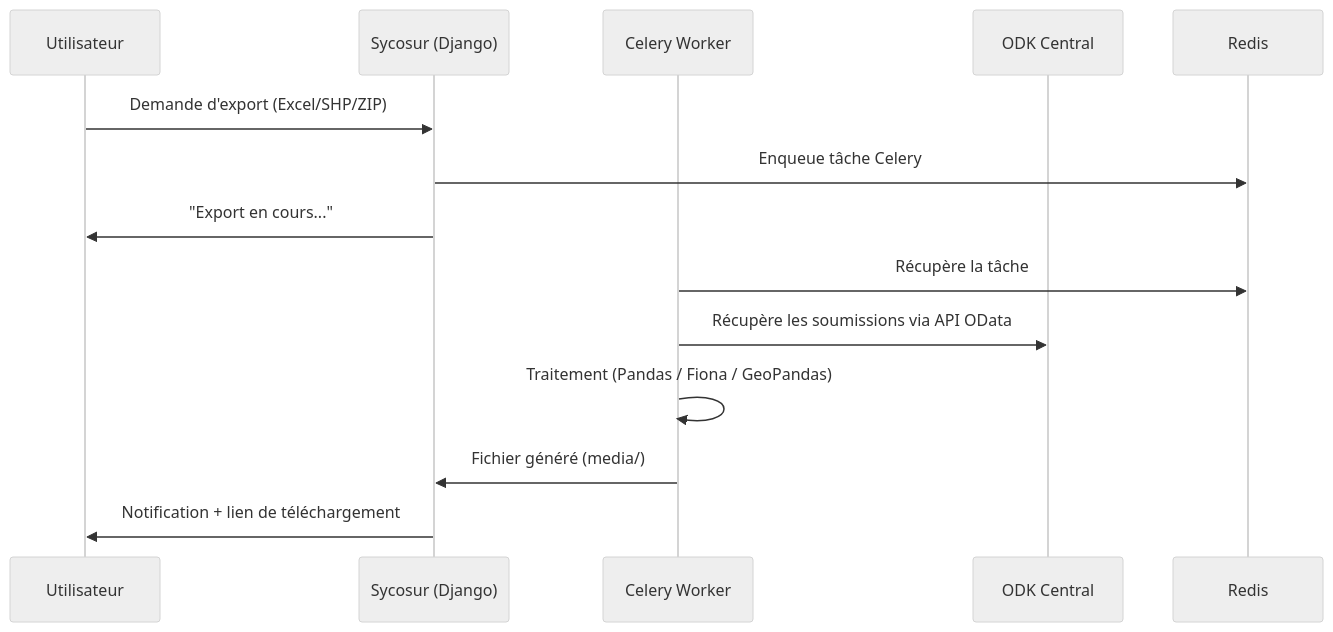
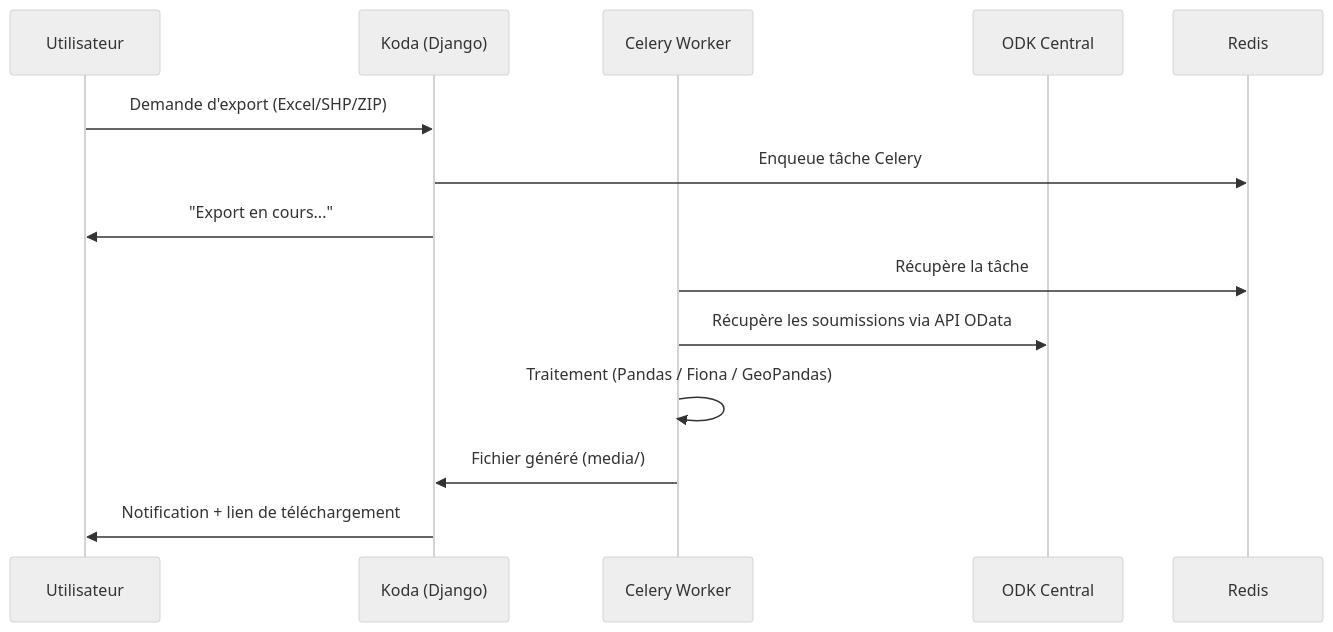
One commit to KODAAP/koda-infra changed the diagram in docs/tutorials/first-export.md. Above: the diagram before and after it, drawn with Mermaid (neutral theme). The commit also changed 19 other files, not shown here.

````diff
--- a/docs/tutorials/first-export.md
+++ b/docs/tutorials/first-export.md
@@ -86,17 +86,17 @@
 ```mermaid
 sequenceDiagram
     participant U as Utilisateur
-    participant S as Sycosur (Django)
+    participant S as Koda (Django)
     participant C as Celery Worker
     participant O as ODK Central
     participant R as Redis
 
     U->>S: Demande d'export (Excel/SHP/ZIP)
     S->>R: Enqueue tâche Celery
     S->>U: "Export en cours..."
     C->>R: Récupère la tâche
     C->>O: Récupère les soumissions via API OData
     C->>C: Traitement (Pandas / Fiona / GeoPandas)
     C->>S: Fichier généré (media/)
     S->>U: Notification + lien de téléchargement
 ```
````
